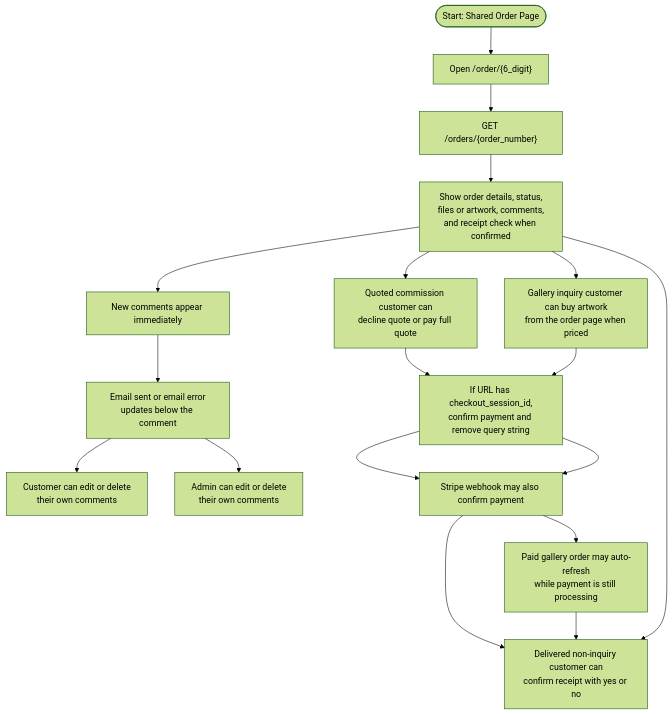
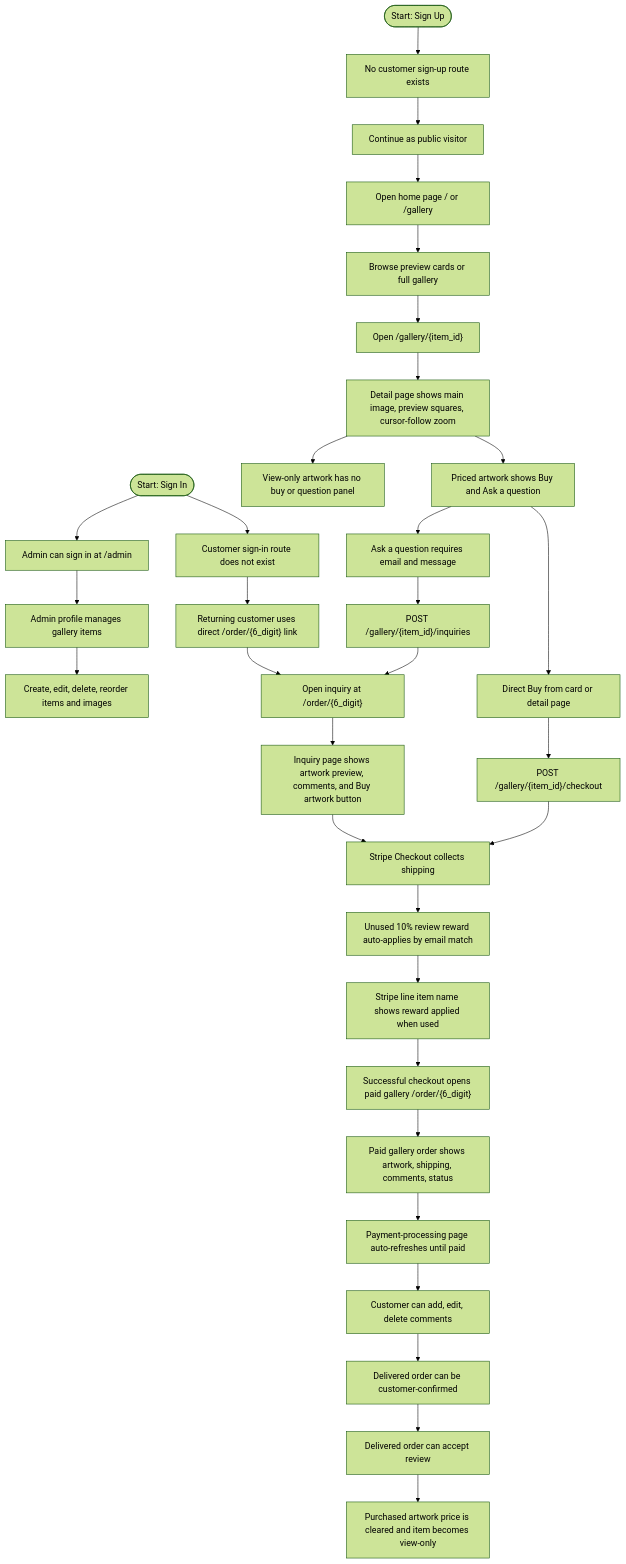
The third of 3 diagrams in 0_KC/flowchart.md (david-lytikainen/SAS), drawn with Mermaid (forest theme) before and after one commit. The commit also changed other lines of this file and 3 other files, not shown here.

Commit message:
Refresh KC flowchart source

````diff
--- a/0_KC/flowchart.md
+++ b/0_KC/flowchart.md
@@ -103,24 +114,50 @@
 ```mermaid
 flowchart TB
-  O0([Start: Shared Order Page])
-  O1["Open /order/{6_digit}"]
-  O2["GET /orders/{order_number}"]
-  O3["Show order details, status,<br/>files or artwork, comments,<br/>and receipt check when confirmed"]
-  O4["New comments appear immediately"]
-  O5["Email sent or email error<br/>updates below the comment"]
-  O6["Customer can edit or delete<br/>their own comments"]
-  O7["Admin can edit or delete<br/>their own comments"]
-  O8["Quoted commission customer can<br/>decline quote or pay full quote"]
-  O9["Gallery inquiry customer can buy artwork<br/>from the order page when priced"]
-  O10["If URL has checkout_session_id,<br/>confirm payment and remove query string"]
-  O11["Stripe webhook may also confirm payment"]
-  O12["Paid gallery order may auto-refresh<br/>while payment is still processing"]
-  O13["Delivered non-inquiry customer can<br/>confirm receipt with yes or no"]
+  SU([Start: Sign Up])
+  SU1["No customer sign-up route exists"]
+  SU2["Continue as public visitor"]
 
-  O0 --> O1 --> O2 --> O3 --> O4 --> O5
-  O5 --> O6
-  O5 --> O7
-  O3 --> O8 --> O10 --> O11 --> O13
-  O3 --> O9 --> O10 --> O11 --> O12 --> O13
-  O3 --> O13
+  SI([Start: Sign In])
+  SI1["Admin can sign in at /admin"]
+  SI2["Customer sign-in route does not exist"]
+  SI3["Returning customer uses direct /order/{6_digit} link"]
+
+  A0["Admin profile manages gallery items"]
+  A1["Create, edit, delete, reorder items and images"]
+
+  H0["Open home page / or /gallery"]
+  H1["Browse preview cards or full gallery"]
+  H2["Open /gallery/{item_id}"]
+  H3["Detail page shows main image, preview squares, cursor-follow zoom"]
+  H4["View-only artwork has no buy or question panel"]
+
+  P0["Priced artwork shows Buy and Ask a question"]
+  P1["Ask a question requires email and message"]
+  P2["POST /gallery/{item_id}/inquiries"]
+  P3["Open inquiry at /order/{6_digit}"]
+  P4["Inquiry page shows artwork preview, comments, and Buy artwork button"]
+
+  B0["Direct Buy from card or detail page"]
+  B1["POST /gallery/{item_id}/checkout"]
+  B2["Stripe Checkout collects shipping"]
+  B3["Unused 10% review reward auto-applies by email match"]
+  B4["Stripe line item name shows reward applied when used"]
+  B5["Successful checkout opens paid gallery /order/{6_digit}"]
+
+  O0["Paid gallery order shows artwork, shipping, comments, status"]
+  O1["Payment-processing page auto-refreshes until paid"]
+  O2["Customer can add, edit, delete comments"]
+  O3["Delivered order can be customer-confirmed"]
+  O4["Delivered order can accept review"]
+  O5["Purchased artwork price is cleared and item becomes view-only"]
+
+  SU --> SU1 --> SU2 --> H0
+  SI --> SI1 --> A0 --> A1
+  SI --> SI2 --> SI3 --> P3
+
+  H0 --> H1 --> H2 --> H3
+  H3 --> H4
+  H3 --> P0 --> P1 --> P2 --> P3 --> P4
+  P0 --> B0 --> B1 --> B2 --> B3 --> B4 --> B5 --> O0 --> O1 --> O2 --> O3 --> O4 --> O5
+  P4 --> B2
 ```
````
